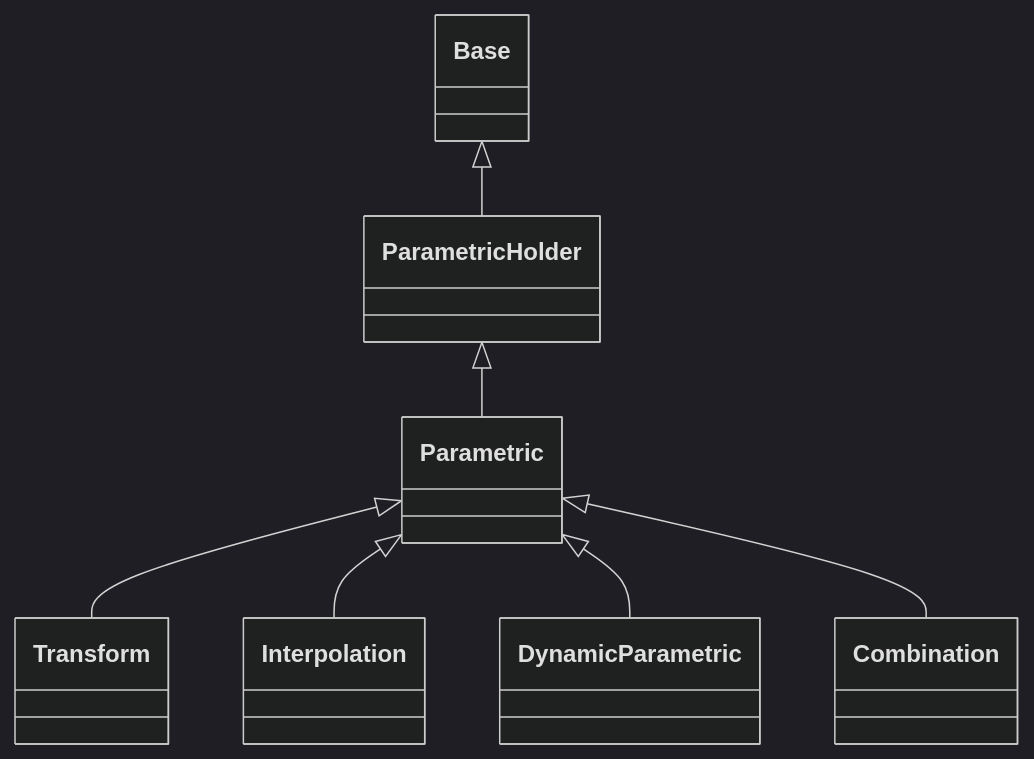
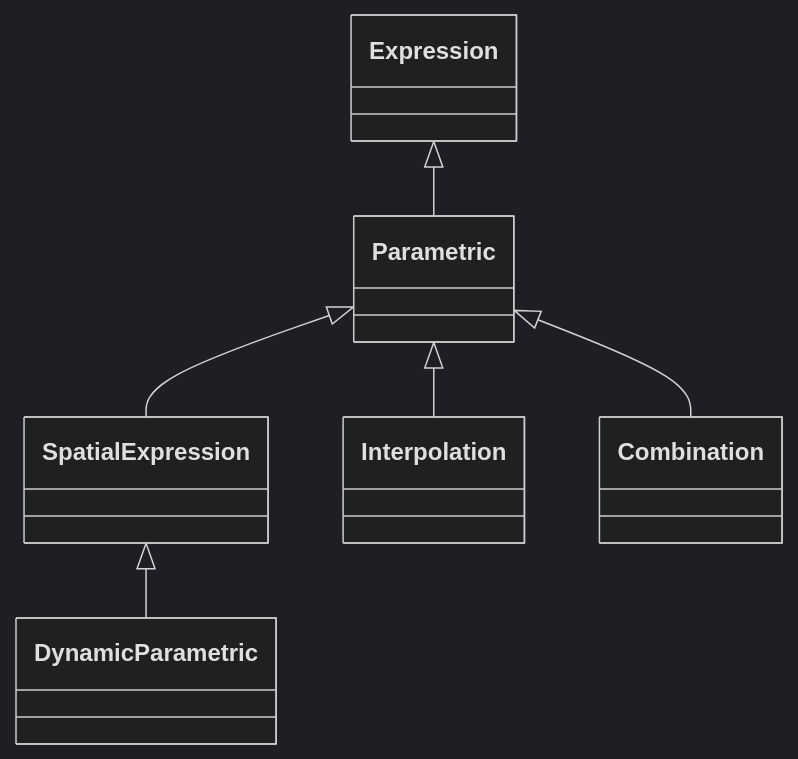
One commit to LouisDesdoigts/dLux changed the diagram in docs/API/core/parametrics.md. Above: the diagram before and after it, drawn with Mermaid (dark theme). The commit also changed other lines of this file and 46 other files, not shown here.

First line of the commit message:
Simplify parametric evaluation and spatial basis contracts

````diff
--- a/docs/API/core/parametrics.md
+++ b/docs/API/core/parametrics.md
@@ -7,22 +7,19 @@
 ```mermaid
 classDiagram
     class dLux_parametric_parametrics_Parametric["Parametric"]
-    class dLux_parametric_parametrics_ParametricHolder["ParametricHolder"]
-    class dLux_parametric_parametrics_Transform["Transform"]
+    class dLux_parametric_parametrics_SpatialExpression["SpatialExpression"]
     class dLux_parametric_parametrics_Interpolation["Interpolation"]
     class dLux_parametric_parametrics_DynamicParametric["DynamicParametric"]
     class dLux_parametric_parametrics_Combination["Combination"]
-    class dLux_base_Base["Base"]
-    dLux_parametric_parametrics_ParametricHolder <|-- dLux_parametric_parametrics_Parametric
-    click dLux_parametric_parametrics_Parametric href "#dLux.parametric.parametrics.Parametric" "Methods: evaluate(), map(), integrate()"
-    dLux_base_Base <|-- dLux_parametric_parametrics_ParametricHolder
-    click dLux_parametric_parametrics_ParametricHolder href "#dLux.parametric.parametrics.ParametricHolder" "Methods: resolve()"
-    dLux_parametric_parametrics_Parametric <|-- dLux_parametric_parametrics_Transform
-    click dLux_parametric_parametrics_Transform href "#dLux.parametric.parametrics.Transform" "Attributes: parametric, transformation · Methods: evaluate()"
+    class zodiax_numerics_expressions_Expression["Expression"]
+    zodiax_numerics_expressions_Expression <|-- dLux_parametric_parametrics_Parametric
+    click dLux_parametric_parametrics_Parametric href "#dLux.parametric.parametrics.Parametric" "Methods: evaluate()"
+    dLux_parametric_parametrics_Parametric <|-- dLux_parametric_parametrics_SpatialExpression
+    click dLux_parametric_parametrics_SpatialExpression href "#dLux.parametric.parametrics.SpatialExpression" "No direct public attributes or methods"
     dLux_parametric_parametrics_Parametric <|-- dLux_parametric_parametrics_Interpolation
-    click dLux_parametric_parametrics_Interpolation href "#dLux.parametric.parametrics.Interpolation" "Attributes: knots, values, method, extrapolate · Methods: evaluate(), integrate()"
-    dLux_parametric_parametrics_Parametric <|-- dLux_parametric_parametrics_DynamicParametric
+    click dLux_parametric_parametrics_Interpolation href "#dLux.parametric.parametrics.Interpolation" "Attributes: knots, values, method, extrapolate, period · Methods: evaluate()"
+    dLux_parametric_parametrics_SpatialExpression <|-- dLux_parametric_parametrics_DynamicParametric
     click dLux_parametric_parametrics_DynamicParametric href "#dLux.parametric.parametrics.DynamicParametric" "Attributes: parametric, transformation · Methods: evaluate()"
     dLux_parametric_parametrics_Parametric <|-- dLux_parametric_parametrics_Combination
-    click dLux_parametric_parametrics_Combination href "#dLux.parametric.parametrics.Combination" "Attributes: parametrics, operation · Methods: validate_operation(), combine(), values(), evaluate()"
+    click dLux_parametric_parametrics_Combination href "#dLux.parametric.parametrics.Combination" "Attributes: parametrics, operation · Methods: evaluate()"
 ```
````
